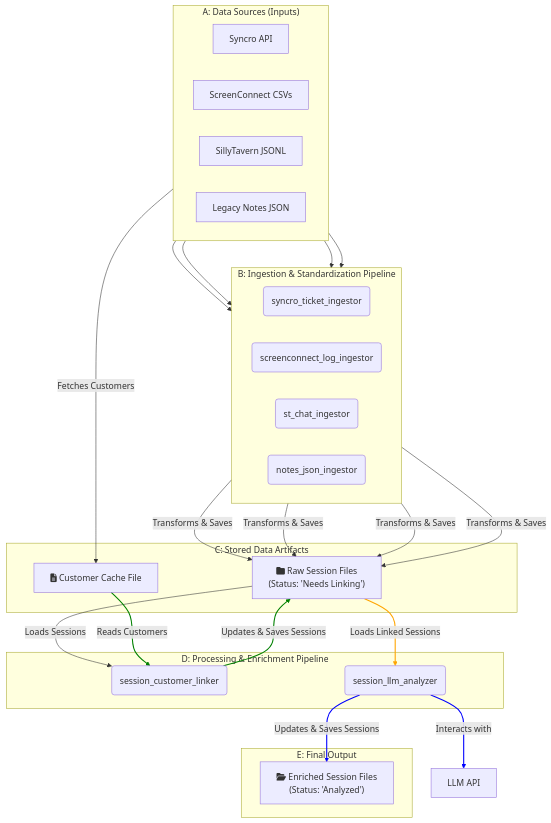
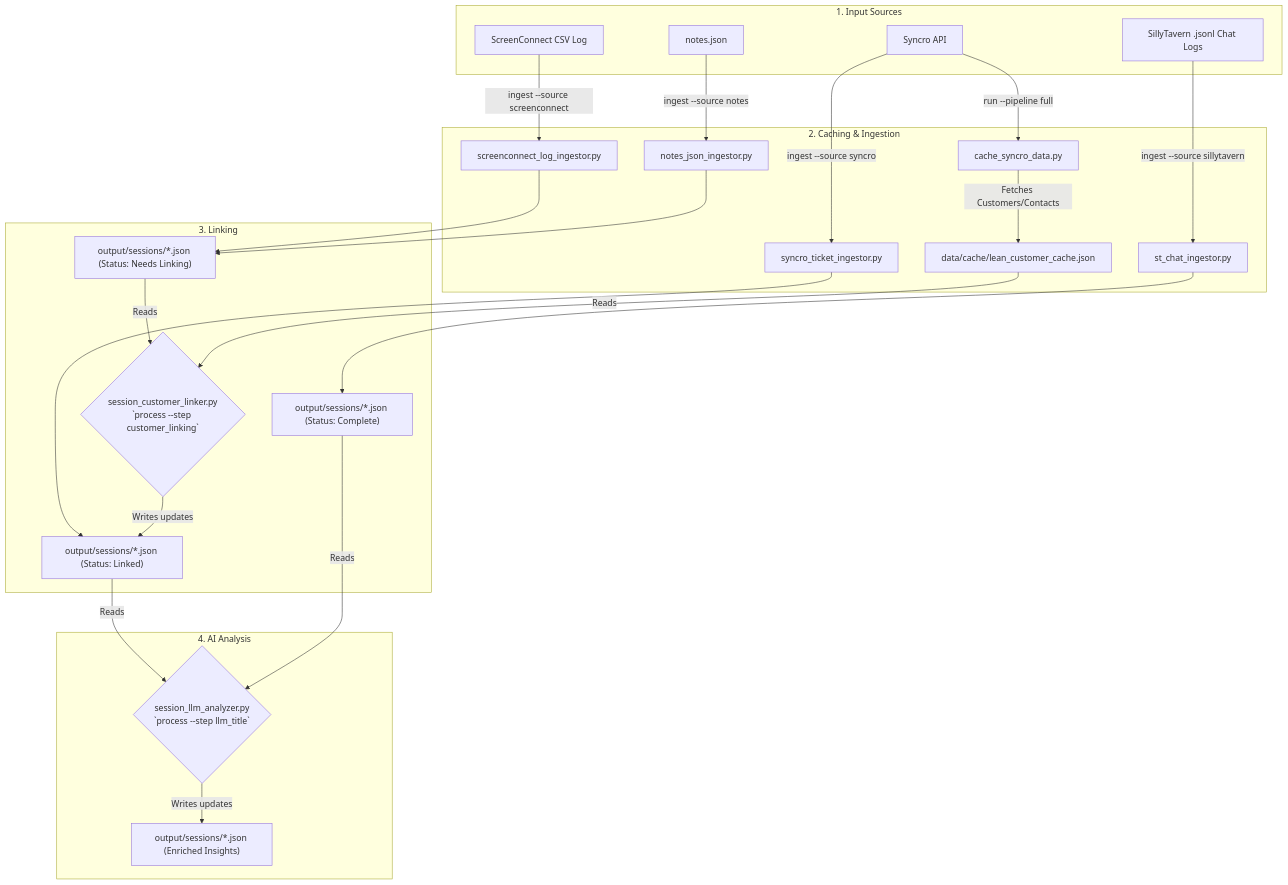
The diagram in README.md (nfuller286/syncro_data_consolidator), drawn with Mermaid before and after one commit. The commit also changed other lines of this file, not shown here.

````diff
--- a/README.md
+++ b/README.md
@@ -22,62 +31,39 @@
 ```mermaid
 graph TD
-    subgraph "A: Data Sources (Inputs)"
-        direction LR
-        S1[Syncro API]
-        S2[ScreenConnect CSVs]
-        S3[SillyTavern JSONL]
-        S4[Legacy Notes JSON]
+    subgraph "1. Input Sources"
+        A[Syncro API]
+        B[ScreenConnect CSV Log]
+        C[notes.json]
+        D[SillyTavern .jsonl Chat Logs]
     end
 
-    subgraph "B: Ingestion & Standardization Pipeline"
-        direction LR
-        I1(syncro_ticket_ingestor)
-        I2(screenconnect_log_ingestor)
-        I3(st_chat_ingestor)
-        I4(notes_json_ingestor)
+    subgraph "2. Caching & Ingestion"
+        A -- "run --pipeline full" --> Cache[cache_syncro_data.py]
+        Cache -- Fetches Customers/Contacts --> CacheFiles[data/cache/lean_customer_cache.json]
+
+        A -- "ingest --source syncro" --> IngestSyncro[syncro_ticket_ingestor.py]
+        B -- "ingest --source screenconnect" --> IngestSC[screenconnect_log_ingestor.py]
+        C -- "ingest --source notes" --> IngestNotes[notes_json_ingestor.py]
+        D -- "ingest --source sillytavern" --> IngestST[st_chat_ingestor.py]
     end
 
-    subgraph "C: Stored Data Artifacts"
-        F1["fa:fa-folder Raw Session Files<br/>(Status: 'Needs Linking')"]
-        F2["fa:fa-file-alt Customer Cache File"]
+    subgraph "3. Linking"
+        IngestSyncro --> SessionsLinked["output/sessions/*.json (Status: Linked)"]
+        IngestSC --> SessionsNeedsLinking["output/sessions/*.json (Status: Needs Linking)"]
+        IngestNotes --> SessionsNeedsLinking
+        IngestST --> SessionsComplete["output/sessions/*.json (Status: Complete)"]
+
+        Linker{"session_customer_linker.py<br/>`process --step customer_linking`"}
+        SessionsNeedsLinking -- Reads --> Linker
+        CacheFiles -- Reads --> Linker
+        Linker -- Writes updates --> SessionsLinked
     end
 
-    subgraph "D: Processing & Enrichment Pipeline"
-        P1(session_customer_linker)
-        P2(session_llm_analyzer)
+    subgraph "4. AI Analysis"
+        Analyzer{"session_llm_analyzer.py<br/>`process --step llm_title`"}
+        SessionsLinked -- Reads --> Analyzer
+        SessionsComplete -- Reads --> Analyzer
+        Analyzer -- Writes updates --> SessionsAnalyzed["output/sessions/*.json (Enriched Insights)"]
     end
 
-    subgraph "E: Final Output"
-        O1["fa:fa-folder-open Enriched Session Files<br/>(Status: 'Analyzed')"]
-    end
-
-    %% Define the flow
-    S1 --> I1
-    S2 --> I2
-    S3 --> I3
-    S4 --> I4
-
-    I1 -- Transforms & Saves --> F1
-    I2 -- Transforms & Saves --> F1
-    I3 -- Transforms & Saves --> F1
-    I4 -- Transforms & Saves --> F1
-
-    %% Caching Flow
-    S1 -- Fetches Customers --> F2
-
-    %% Processing Flow
-    F1 -- "Loads Sessions" --> P1
-    F2 -- "Reads Customers" --> P1
-    P1 -- "Updates & Saves Sessions" --> F1
-
-    F1 -- "Loads Linked Sessions" --> P2
-    P2 -- Interacts with --> LLM[LLM API]
-    P2 -- "Updates & Saves Sessions" --> O1
-
-    %% Annotations
-    linkStyle 10 stroke-width:2px,fill:none,stroke:green;
-    linkStyle 11 stroke-width:2px,fill:none,stroke:green;
-    linkStyle 12 stroke-width:2px,fill:none,stroke:orange;
-    linkStyle 13 stroke-width:2px,fill:none,stroke:blue;
-    linkStyle 14 stroke-width:2px,fill:none,stroke:blue;
 ```
````
